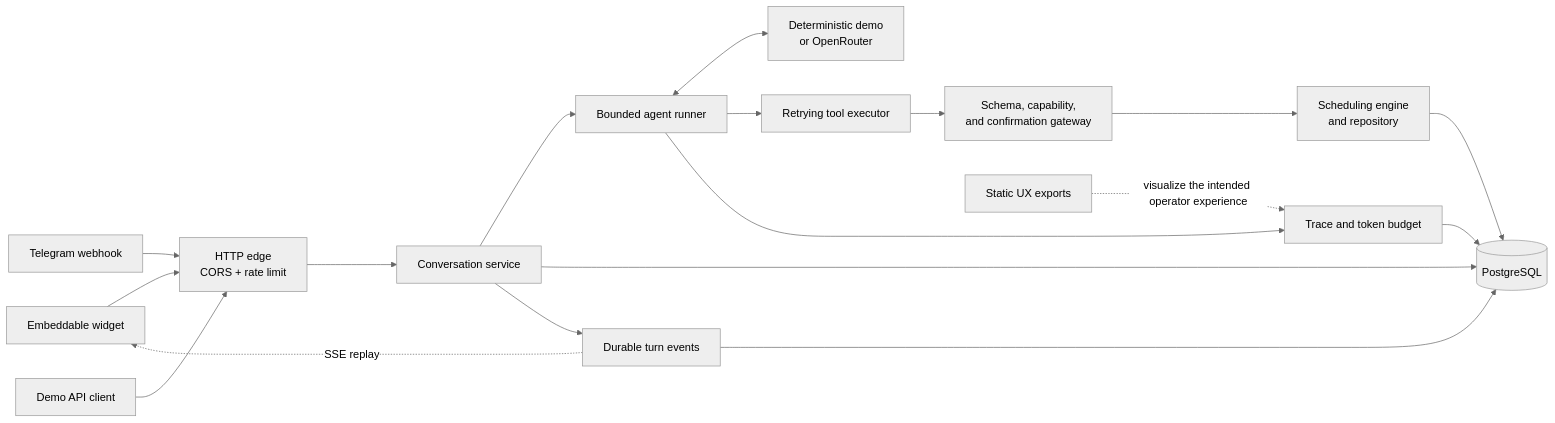
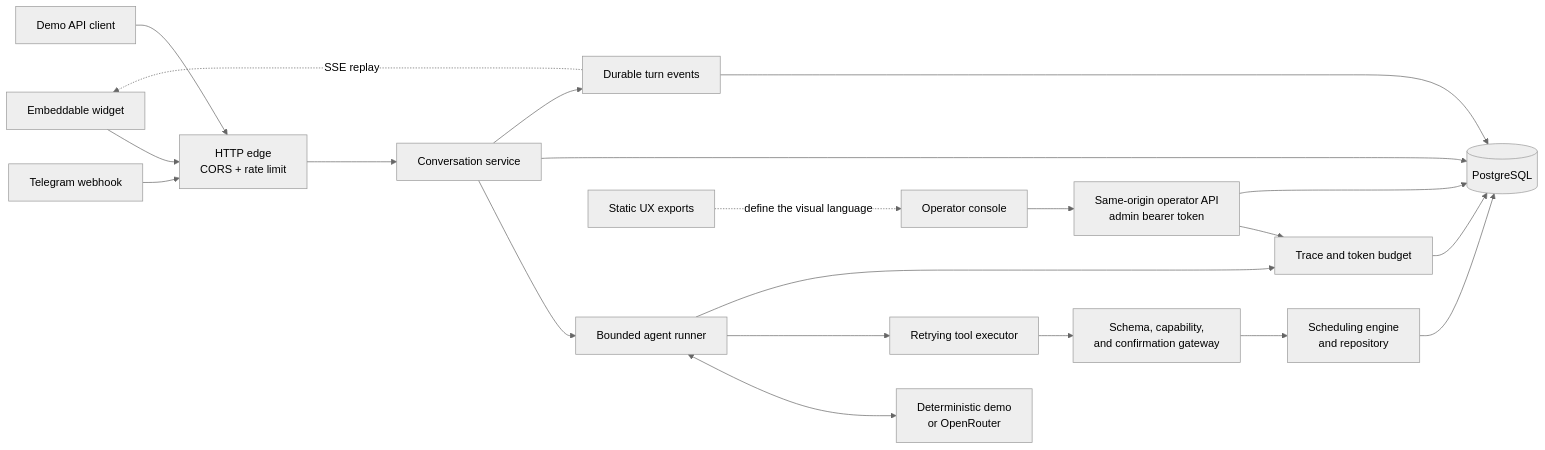
The diagram in README.md (reinh2/Kontor), drawn with Mermaid (neutral theme) before and after one commit. The commit also changed other lines of this file and 34 other files, not shown here.

First line of the commit message:
Add Stage 4 jobs and Stage 5 live operator console

````diff
--- a/README.md
+++ b/README.md
@@ -76,20 +79,23 @@
 ```mermaid
 flowchart LR
     Widget["Embeddable widget"] --> Edge
     Telegram["Telegram webhook"] --> Edge
     Client["Demo API client"] --> Edge
+    Operator["Operator console"] --> OperatorAPI["Same-origin operator API<br/>admin bearer token"]
     Edge["HTTP edge<br/>CORS + rate limit"] --> App["Conversation service"]
     App --> Runner["Bounded agent runner"]
     Runner <--> Model["Deterministic demo<br/>or OpenRouter"]
     Runner --> Executor["Retrying tool executor"]
     Executor --> Gateway["Schema, capability,<br/>and confirmation gateway"]
     Gateway --> Schedule["Scheduling engine<br/>and repository"]
     Schedule --> DB[(PostgreSQL)]
     App --> DB
     App --> Events["Durable turn events"]
     Events --> DB
     Events -. SSE replay .-> Widget
     Runner --> Trace["Trace and token budget"]
     Trace --> DB
-    Exports["Static UX exports"] -. visualize the intended operator experience .-> Trace
+    OperatorAPI --> Trace
+    OperatorAPI --> DB
+    Exports["Static UX exports"] -. define the visual language .-> Operator
 ```
````
